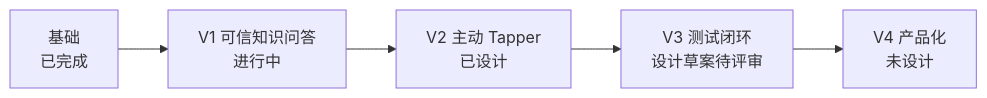
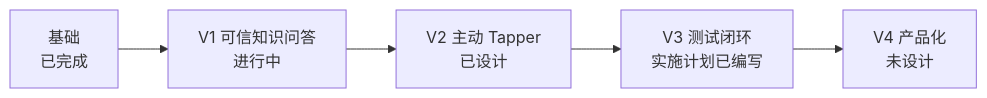
One commit to patrickstarpty/tap changed the diagram in docs/superpowers/plans/2026-10-01-product-roadmap.md. Above: the diagram before and after it, drawn with Mermaid. The commit also changed other lines of this file and 6 other files, not shown here.

````diff
--- a/docs/superpowers/plans/2026-10-01-product-roadmap.md
+++ b/docs/superpowers/plans/2026-10-01-product-roadmap.md
@@ -18,7 +18,7 @@
 ```mermaid
 flowchart LR
   B[基础<br/>已完成] --> V1[V1 可信知识问答<br/>进行中]
   V1 --> V2[V2 主动 Tapper<br/>已设计]
-  V2 --> V3[V3 测试闭环<br/>设计草案待评审]
+  V2 --> V3[V3 测试闭环<br/>实施计划已编写]
   V3 --> V4[V4 产品化<br/>未设计]
 ```
````
